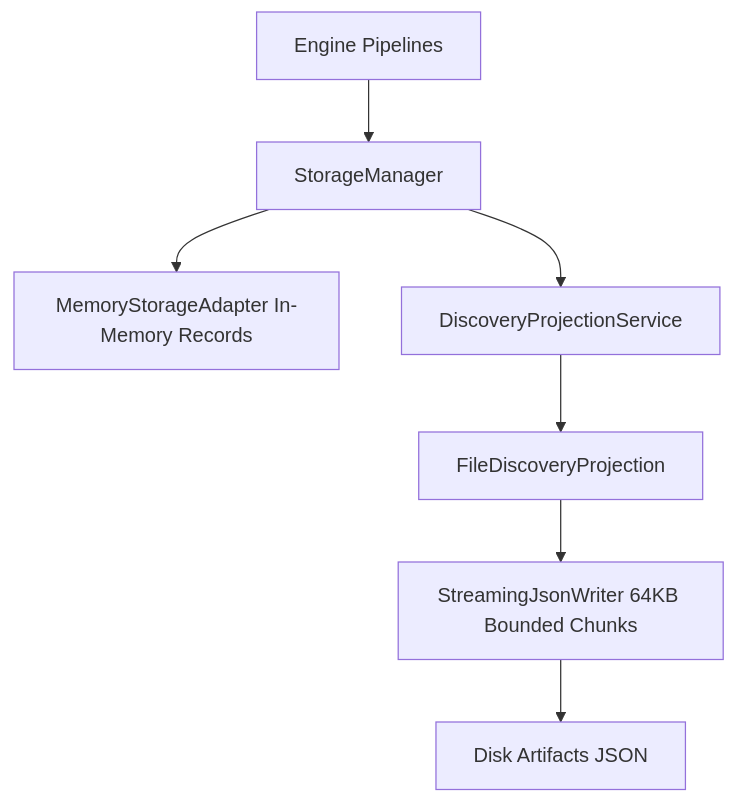
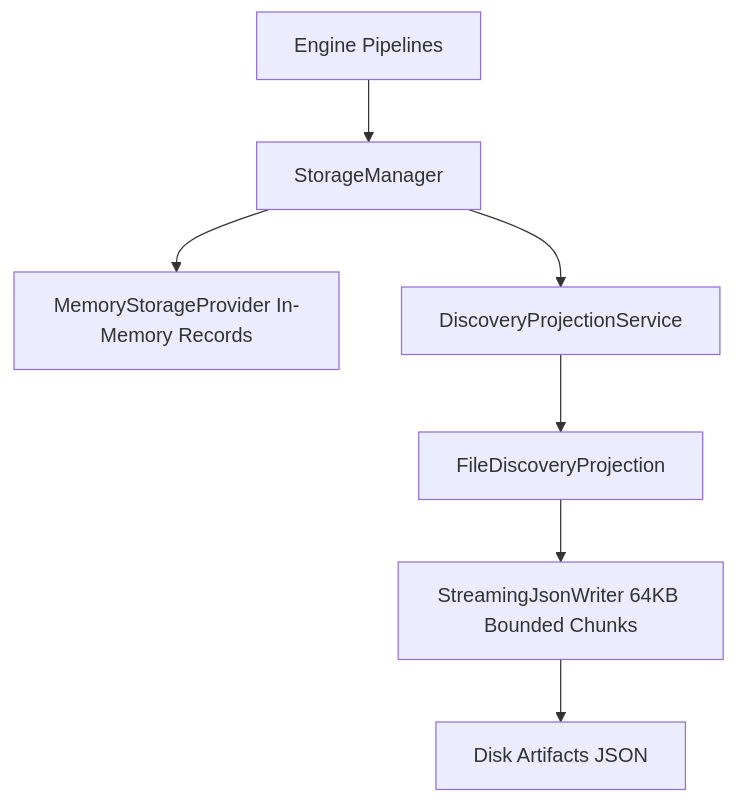
Before and after one commit to raitaskeen/LegacyExodus: the diagram in docs/implementation/storage-layer.md, drawn with Mermaid. The commit also changed other lines of this file and 1 other file, not shown here.

First line of the commit message:
docs(storage): align storage documentation with main

````diff
--- a/docs/implementation/storage-layer.md
+++ b/docs/implementation/storage-layer.md
@@ -11,9 +11,9 @@
 ```mermaid
 flowchart TD
     A[Engine Pipelines] --> B[StorageManager]
-    B --> C[MemoryStorageAdapter In-Memory Records]
+    B --> C[MemoryStorageProvider In-Memory Records]
     B --> D[DiscoveryProjectionService]
     D --> E[FileDiscoveryProjection]
     E --> F[StreamingJsonWriter 64KB Bounded Chunks]
     F --> G[Disk Artifacts JSON]
 ```
````
